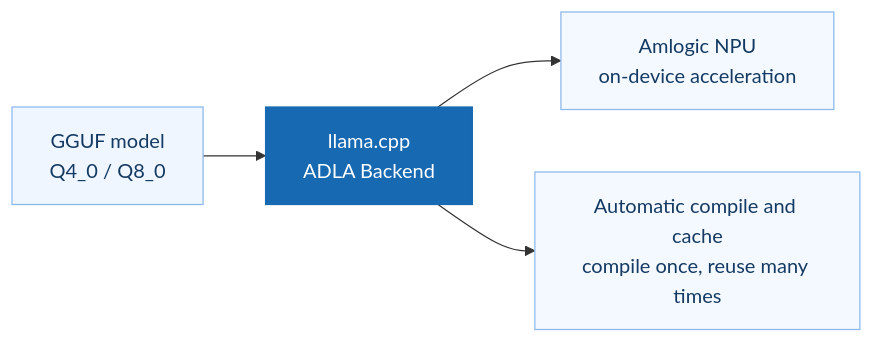
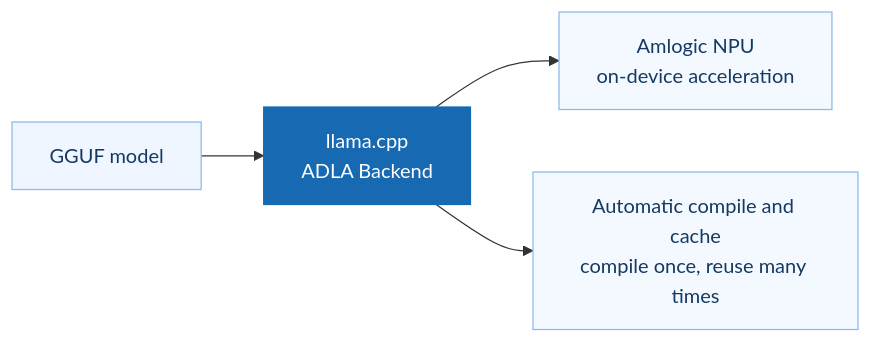
Before and after one commit to Amlogic-NN/amlnn-llama.cpp: the first of 2 diagrams in README.md, drawn with Mermaid. The commit also changed other lines of this file, not shown here.

First line of the commit message:
Refine flowchart labels in README.md

````diff
--- a/README.md
+++ b/README.md
@@ -8,12 +8,12 @@
 ```mermaid
 flowchart LR
-    A["GGUF model<br/>Q4_0 / Q8_0"] --> B["llama.cpp<br/>ADLA Backend"]
+    A["GGUF model"] --> B["llama.cpp<br/>ADLA Backend"]
     B --> C["Amlogic NPU<br/>on-device acceleration"]
     B --> D["Automatic compile and cache<br/>compile once, reuse many times"]
     classDef model fill:#eff6ff,stroke:#8bb9ec,color:#143a63,stroke-width:1px
     classDef core fill:#1769b2,stroke:#1769b2,color:#ffffff,stroke-width:1px
     classDef output fill:#f4f9ff,stroke:#8bb9ec,color:#143a63,stroke-width:1px
     class A model
     class B core
     class C,D output
 ```
````
